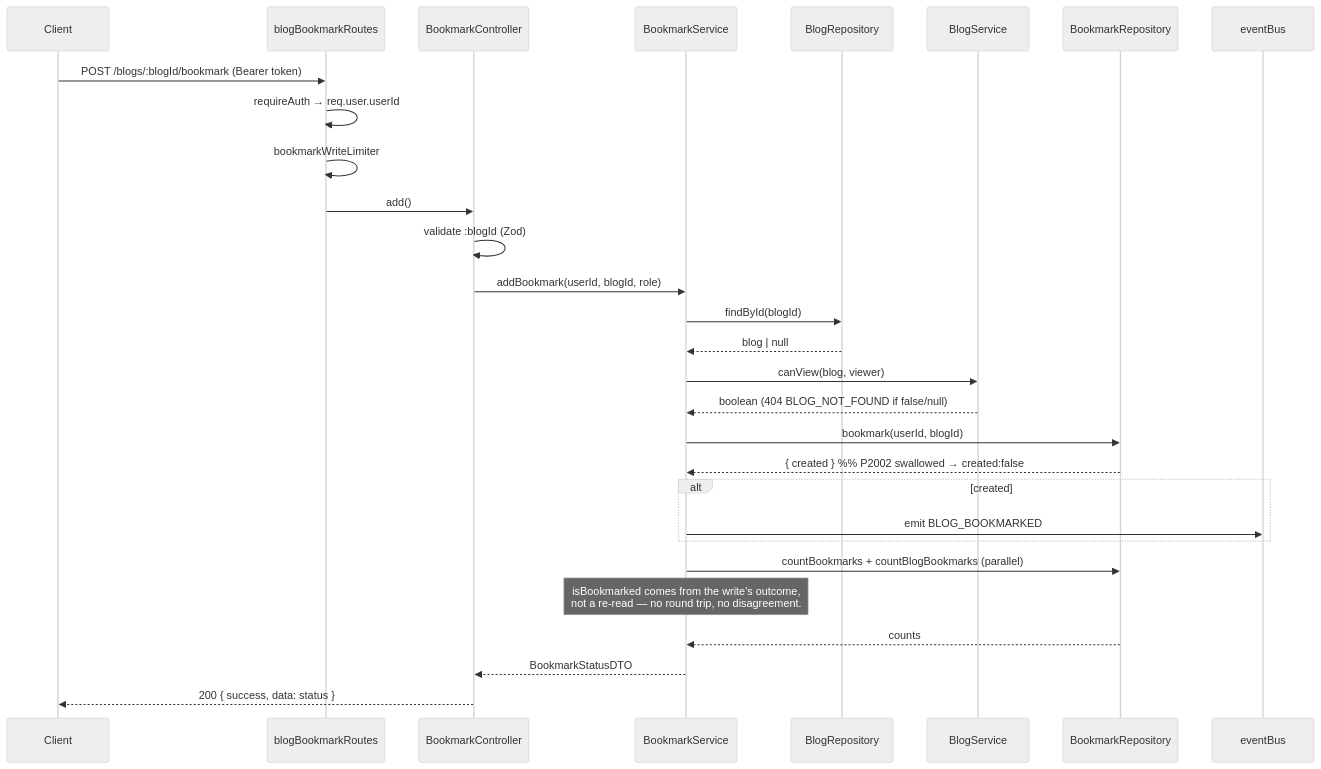
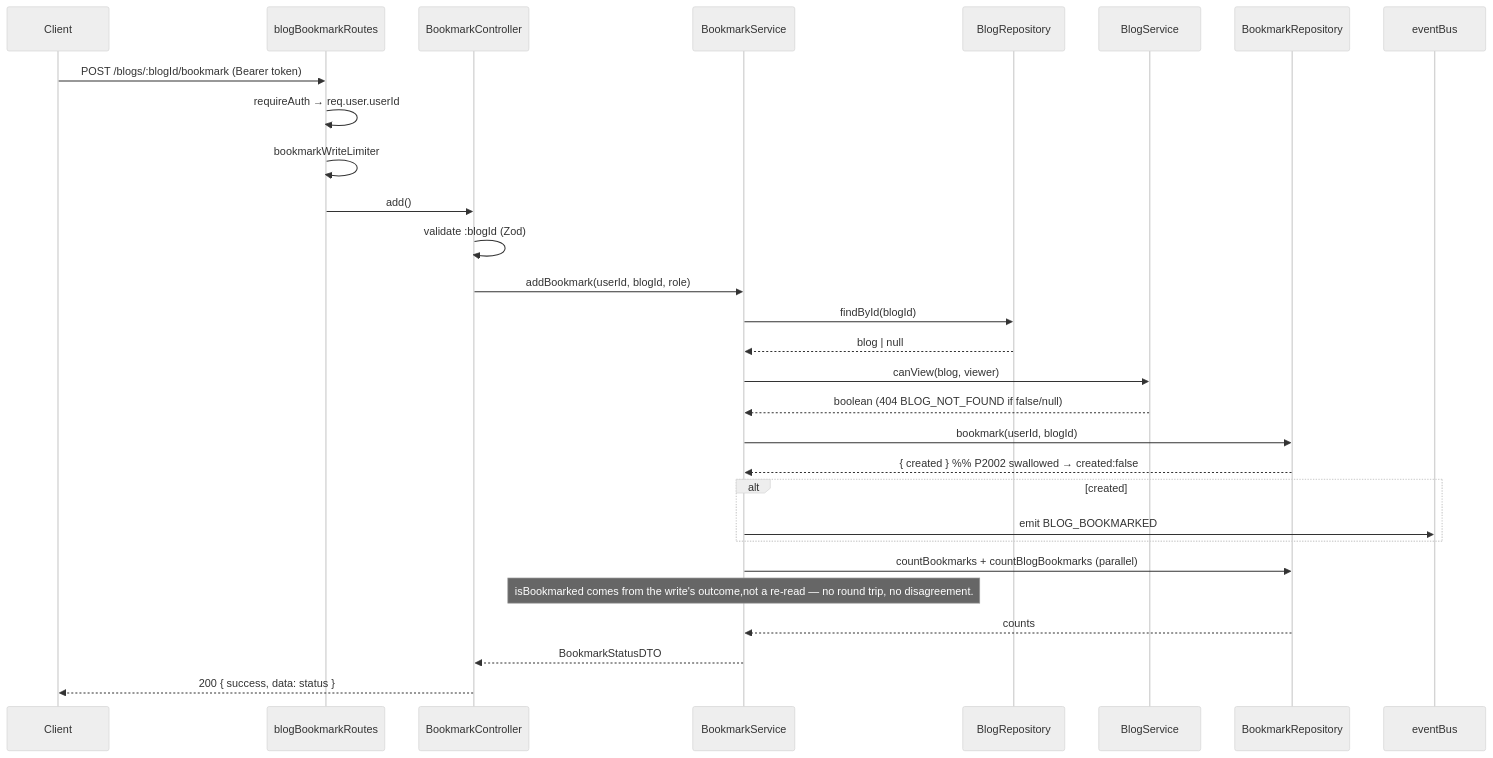
One commit to samman-varshney/Narrative changed the first of 3 diagrams in docs/BOOKMARK_MODULE.md. Above: the diagram before and after it, drawn with Mermaid (neutral theme). The commit also changed other lines of this file, not shown here.

Commit message:
Fix formatting and punctuation in BOOKMARK_MODULE.md

````diff
--- a/docs/BOOKMARK_MODULE.md
+++ b/docs/BOOKMARK_MODULE.md
@@ -215,32 +215,32 @@
 ```mermaid
 sequenceDiagram
     participant C as Client
     participant R as blogBookmarkRoutes
     participant Ctl as BookmarkController
     participant S as BookmarkService
     participant BR as BlogRepository
     participant BS as BlogService
     participant Repo as BookmarkRepository
     participant E as eventBus
 
     C->>R: POST /blogs/:blogId/bookmark (Bearer token)
     R->>R: requireAuth → req.user.userId
     R->>R: bookmarkWriteLimiter
     R->>Ctl: add()
     Ctl->>Ctl: validate :blogId (Zod)
     Ctl->>S: addBookmark(userId, blogId, role)
     S->>BR: findById(blogId)
     BR-->>S: blog | null
     S->>BS: canView(blog, viewer)
     BS-->>S: boolean (404 BLOG_NOT_FOUND if false/null)
     S->>Repo: bookmark(userId, blogId)
     Repo-->>S: { created }  %% P2002 swallowed → created:false
     alt created
         S->>E: emit BLOG_BOOKMARKED
     end
     S->>Repo: countBookmarks + countBlogBookmarks (parallel)
-    Note over S: isBookmarked comes from the write's outcome,<br/>not a re-read — no round trip, no disagreement.
+    Note over S: isBookmarked comes from the write's outcome,not a re-read — no round trip, no disagreement.
     Repo-->>S: counts
     S-->>Ctl: BookmarkStatusDTO
     Ctl-->>C: 200 { success, data: status }
 ```
````
